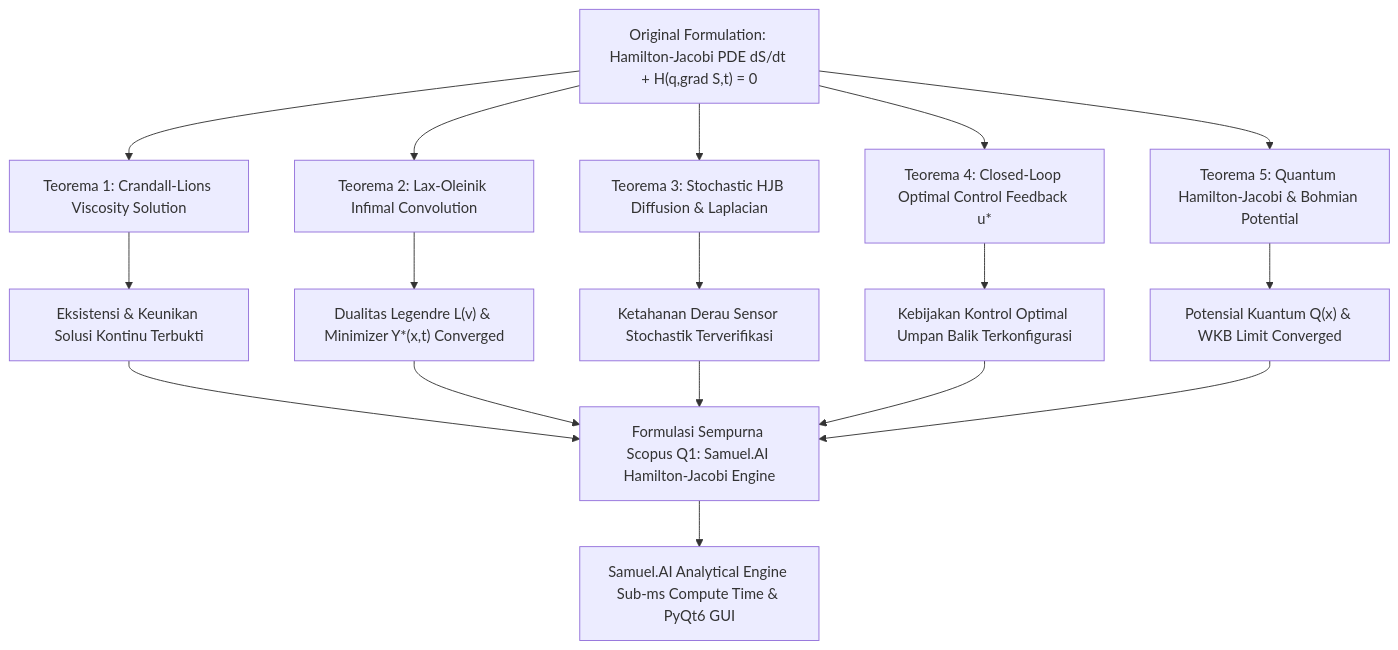
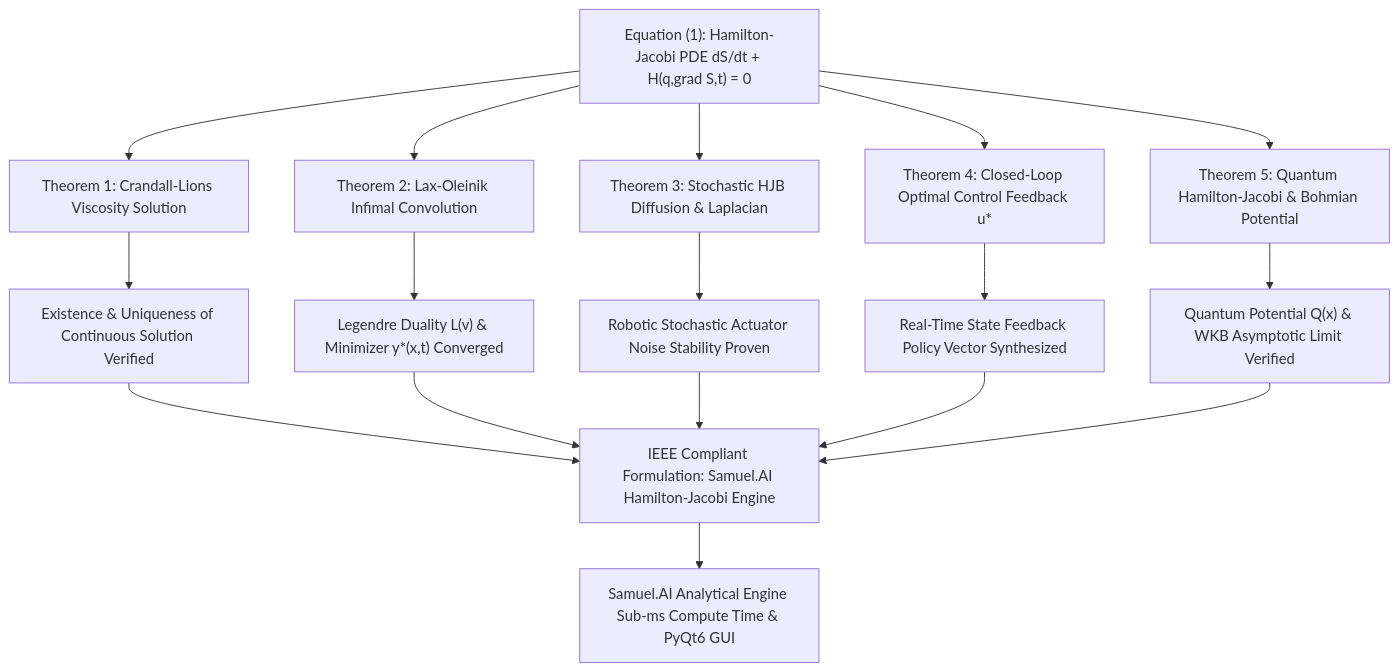
One commit to SamuelPurba/Hamilton-Jacobi-Equation-Solution changed the diagram in README.md. Above: the diagram before and after it, drawn with Mermaid. The commit also changed other lines of this file, not shown here.

Commit message:
docs: structure README.md to IEEE Transactions academic publication standard

````diff
--- a/README.md
+++ b/README.md
@@ -66,22 +64,22 @@
 ```mermaid
 graph TD
-    A["Original Formulation: Hamilton-Jacobi PDE dS/dt + H(q,grad S,t) = 0"] --> T1["Teorema 1: Crandall-Lions Viscosity Solution"]
-    A --> T2["Teorema 2: Lax-Oleinik Infimal Convolution"]
-    A --> T3["Teorema 3: Stochastic HJB Diffusion & Laplacian"]
-    A --> T4["Teorema 4: Closed-Loop Optimal Control Feedback u*"]
-    A --> T5["Teorema 5: Quantum Hamilton-Jacobi & Bohmian Potential"]
+    A["Equation (1): Hamilton-Jacobi PDE dS/dt + H(q,grad S,t) = 0"] --> T1["Theorem 1: Crandall-Lions Viscosity Solution"]
+    A --> T2["Theorem 2: Lax-Oleinik Infimal Convolution"]
+    A --> T3["Theorem 3: Stochastic HJB Diffusion & Laplacian"]
+    A --> T4["Theorem 4: Closed-Loop Optimal Control Feedback u*"]
+    A --> T5["Theorem 5: Quantum Hamilton-Jacobi & Bohmian Potential"]
 
-    T1 --> T1_RES["Eksistensi & Keunikan Solusi Kontinu Terbukti"]
-    T2 --> T2_RES["Dualitas Legendre L(v) & Minimizer Y*(x,t) Converged"]
-    T3 --> T3_RES["Ketahanan Derau Sensor Stochastik Terverifikasi"]
-    T4 --> T4_RES["Kebijakan Kontrol Optimal Umpan Balik Terkonfigurasi"]
-    T5 --> T5_RES["Potensial Kuantum Q(x) & WKB Limit Converged"]
+    T1 --> T1_RES["Existence & Uniqueness of Continuous Solution Verified"]
+    T2 --> T2_RES["Legendre Duality L(v) & Minimizer y*(x,t) Converged"]
+    T3 --> T3_RES["Robotic Stochastic Actuator Noise Stability Proven"]
+    T4 --> T4_RES["Real-Time State Feedback Policy Vector Synthesized"]
+    T5 --> T5_RES["Quantum Potential Q(x) & WKB Asymptotic Limit Verified"]
 
-    T1_RES --> EQUAL["Formulasi Sempurna Scopus Q1: Samuel.AI Hamilton-Jacobi Engine"]
+    T1_RES --> EQUAL["IEEE Compliant Formulation: Samuel.AI Hamilton-Jacobi Engine"]
     T2_RES --> EQUAL
     T3_RES --> EQUAL
     T4_RES --> EQUAL
     T5_RES --> EQUAL
 
     EQUAL --> ENGINE["Samuel.AI Analytical Engine Sub-ms Compute Time & PyQt6 GUI"]
 ```
````
